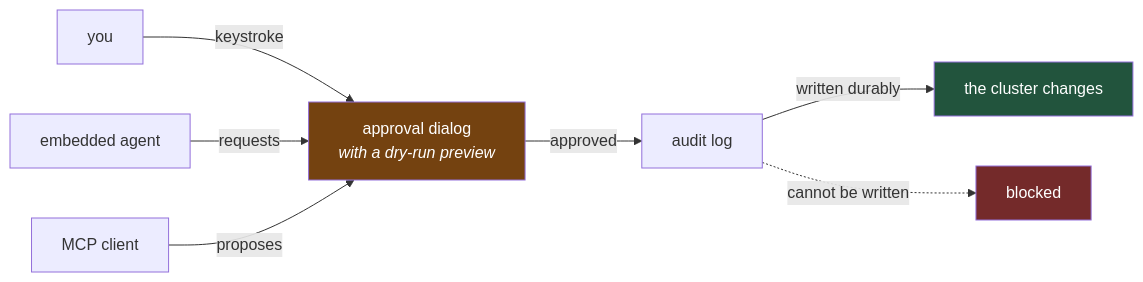
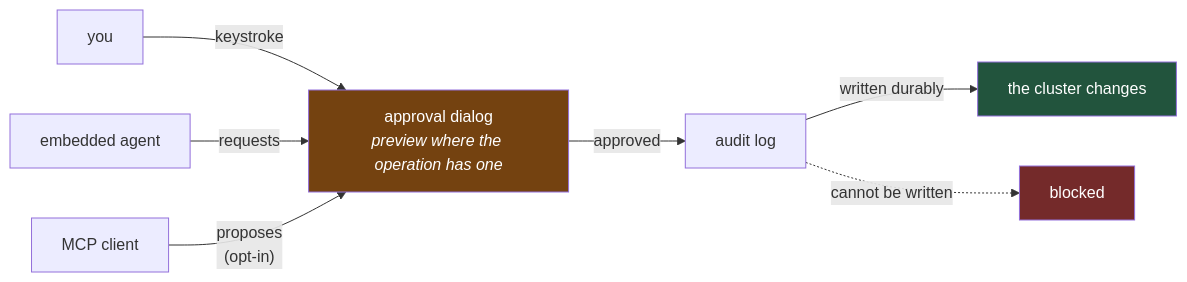
The second of 2 diagrams in docs/overview.md (hellices/korvid), drawn with Mermaid before and after one commit. The commit also changed other lines of this file, not shown here.

````diff
--- a/docs/overview.md
+++ b/docs/overview.md
@@ -131,13 +137,13 @@
 ```mermaid
 flowchart LR
     U["you"] -->|keystroke| G
     A["embedded agent"] -->|requests| G
-    M["MCP client"] -->|proposes| G["approval dialog<br/><i>with a dry-run preview</i>"]
+    M["MCP client"] -->|"proposes<br/>(opt-in)"| G["approval dialog<br/><i>preview where the operation has one</i>"]
     G -->|approved| AU["audit log"]
     AU -->|written durably| W["the cluster changes"]
     AU -.->|cannot be written| X["blocked"]
 
     style G fill:#744210,color:#fff
     style X fill:#742a2a,color:#fff
     style W fill:#22543d,color:#fff
 ```
````
